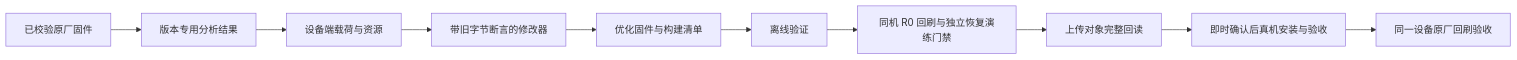
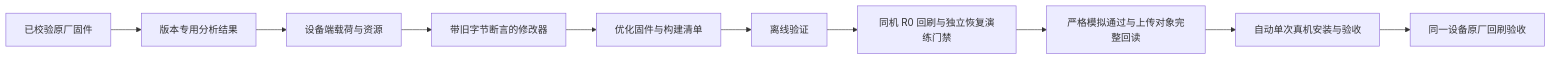
Before and after one commit to andy-JustSayWhen/cuktech-ap01-firmware-tools: the diagram in reference/DESIGN/AP01-1.0.2_0031-opt.bin.md, drawn with Mermaid. The commit also changed other lines of this file and 10 other files, not shown here.

````diff
--- a/reference/DESIGN/AP01-1.0.2_0031-opt.bin.md
+++ b/reference/DESIGN/AP01-1.0.2_0031-opt.bin.md
@@ -140,12 +140,12 @@
 ```mermaid
 flowchart LR
     A["已校验原厂固件"] --> B["版本专用分析结果"]
     B --> C["设备端载荷与资源"]
     C --> D["带旧字节断言的修改器"]
     D --> E["优化固件与构建清单"]
     E --> F["离线验证"]
     F --> G["同机 R0 回刷与独立恢复演练门禁"]
-    G --> H["上传对象完整回读"]
-    H --> I["即时确认后真机安装与验收"]
+    G --> H["严格模拟通过与上传对象完整回读"]
+    H --> I["自动单次真机安装与验收"]
     I --> J["同一设备原厂回刷验收"]
 ```
````
